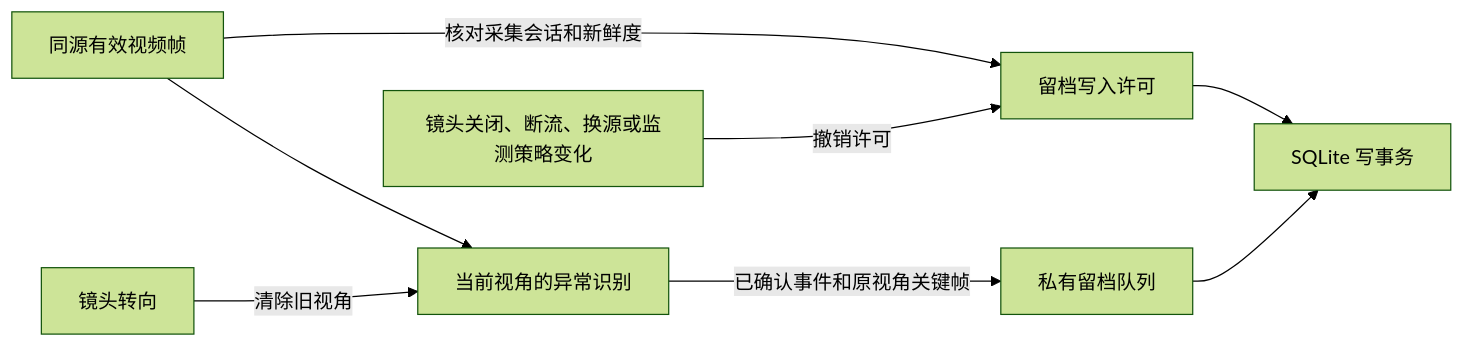
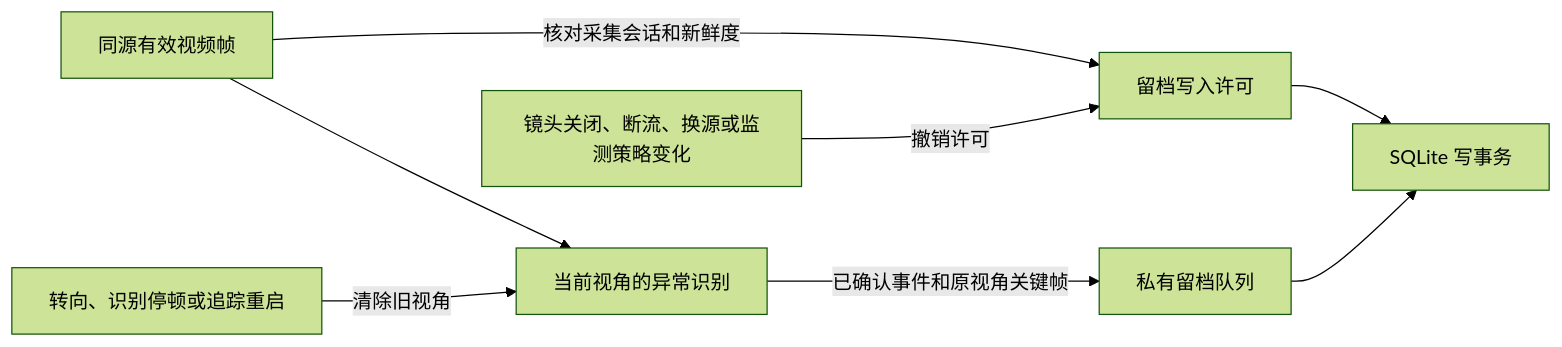
The sixth of 29 diagrams in docs/architecture.md (Geeprox/Friday), drawn with Mermaid (forest theme) before and after one commit. The commit also changed other lines of this file and 3 other files, not shown here.

````diff
--- a/docs/architecture.md
+++ b/docs/architecture.md
@@ -151,10 +151,10 @@
 ```mermaid
 flowchart LR
   A[同源有效视频帧] --> B[当前视角的异常识别]
   A -->|核对采集会话和新鲜度| C[留档写入许可]
   B -->|已确认事件和原视角关键帧| D[私有留档队列]
-  E[镜头转向] -->|清除旧视角| B
+  E[转向、识别停顿或追踪重启] -->|清除旧视角| B
   C --> F[SQLite 写事务]
   D --> F
   G[镜头关闭、断流、换源或监测策略变化] -->|撤销许可| C
 ```
````
